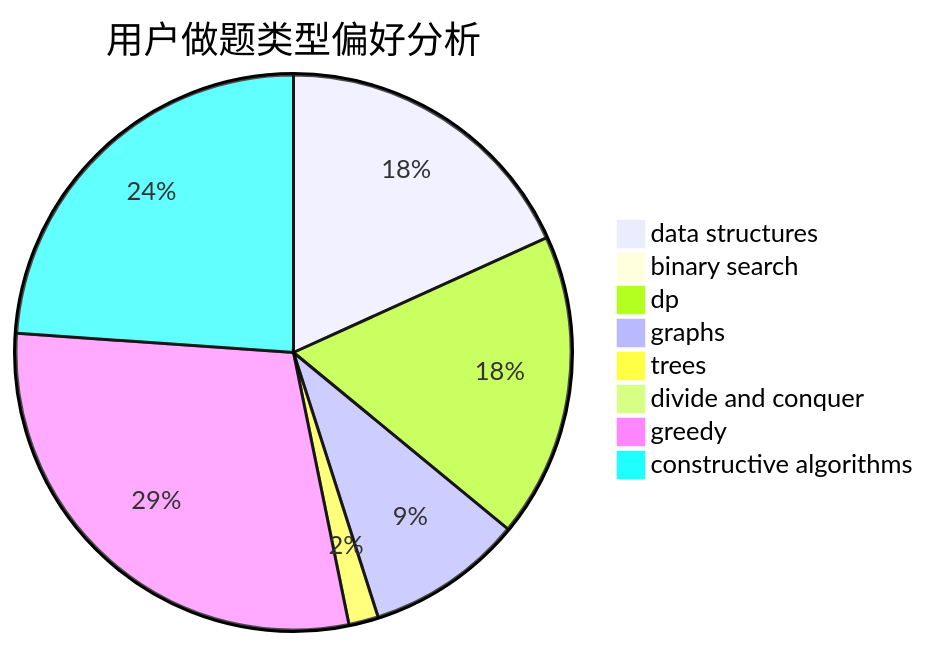
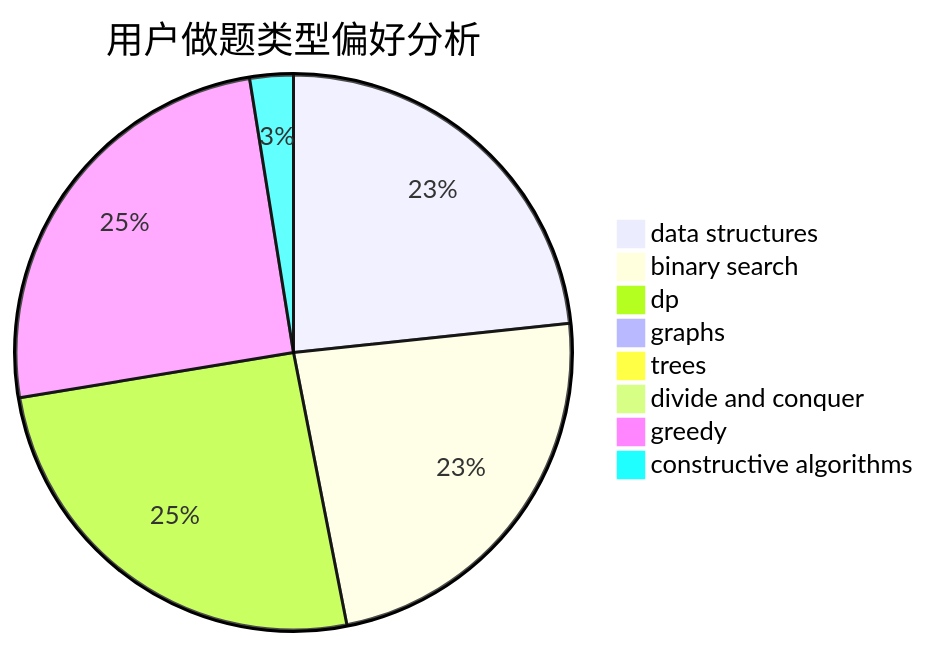
The second of 3 diagrams in docs/user/u910.md (sherpahu/cfrs.github.io), drawn with Mermaid before and after one commit. The commit also changed other lines of this file and 2770 other files, not shown here.

````diff
--- a/docs/user/u910.md
+++ b/docs/user/u910.md
@@ -23,11 +23,11 @@
 ```mermaid
 pie title 用户做题类型偏好分析
-    "data structures" :  74
-    "binary search" :  0
-    "dp" :  72
-    "graphs" :  37
-    "trees" :  7
+    "data structures" :  424
+    "binary search" :  429
+    "dp" :  463
+    "graphs" :  14
+    "trees" :  0
     "divide and conquer" :  0
-    "greedy" :  119
-    "constructive algorithms" :  97
+    "greedy" :  456
+    "constructive algorithms" :  46
 ```
````
